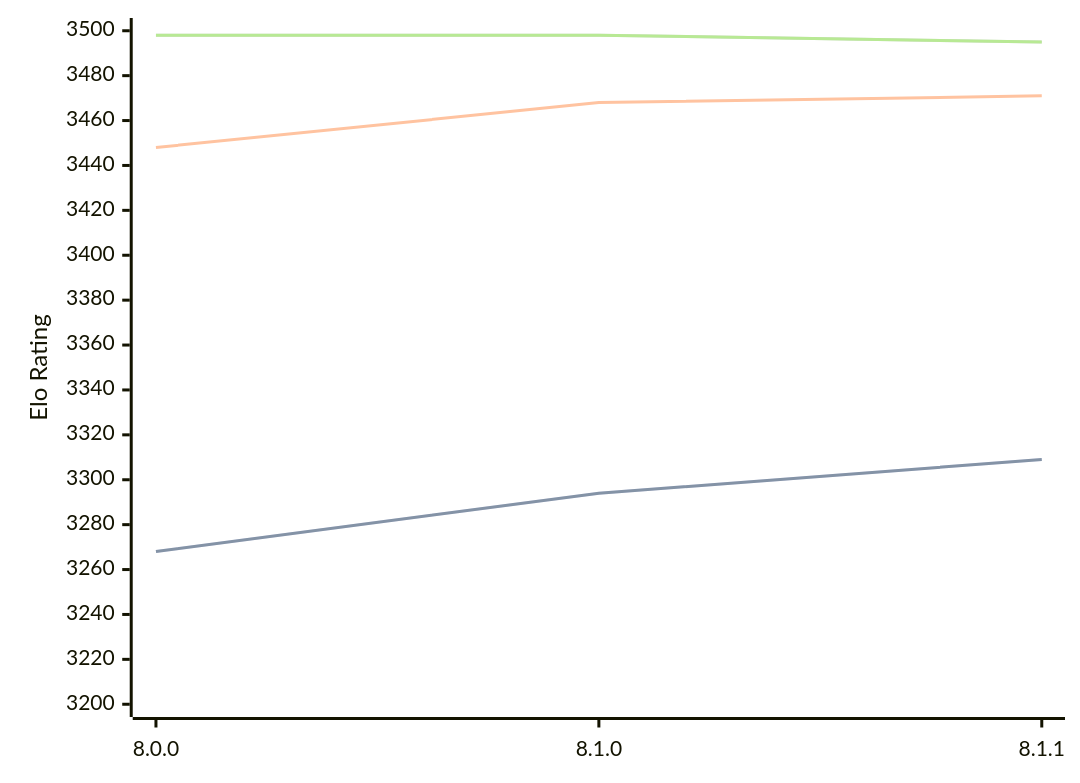
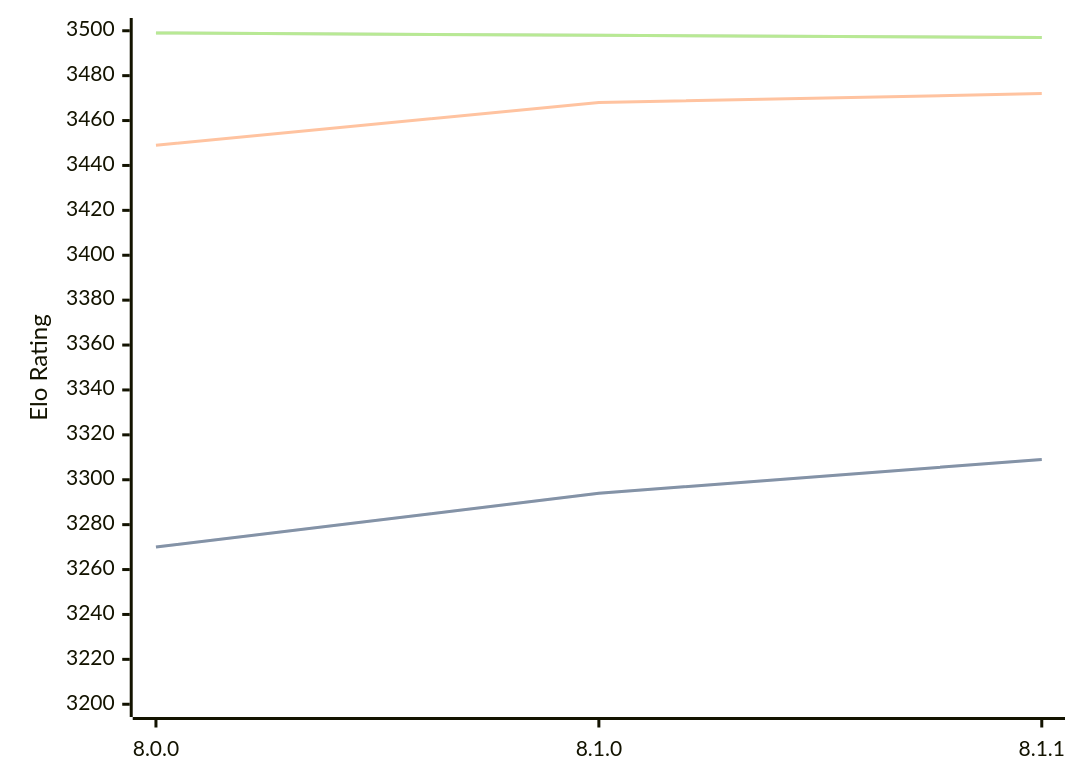
Before and after one commit to computer-chess-index/cci: the diagram in engines/Velvet.md, drawn with Mermaid. The commit also changed other lines of this file, not shown here.

Commit message:
Update CCI Ratings (ELO VLTC) - 2026-04-12

````diff
--- a/engines/Velvet.md
+++ b/engines/Velvet.md
@@ -57,11 +57,11 @@
 ```mermaid
 %%{init: {"theme":"base","themeVariables":{"seriesColors:['#a3a3a3','#222221','#faa371']}}}%%
 xychart-beta
   x-axis ["8.0.0", "8.1.0", "8.1.1"]
   y-axis "Elo Rating" 3200 --> 3500
-  line "STC (8.0+0.08s)" [3268, 3294, 3309]
-  line "STC (8.0+0.08s)" [3268, 3294, 3309]
-  line "LTC (60.0+0.60s)" [3448, 3468, 3471]
-  line "VLTC (2m24s+1.12s)" [3498, 3498, 3495]
-  line "VLTC (2m24s+1.12s)" [3498, 3498, 3495]
+  line "STC (8.0+0.08s)" [3270, 3294, 3309]
+  line "STC (8.0+0.08s)" [3270, 3294, 3309]
+  line "LTC (60.0+0.60s)" [3449, 3468, 3472]
+  line "VLTC (2m24s+1.12s)" [3499, 3498, 3497]
+  line "VLTC (2m24s+1.12s)" [3499, 3498, 3497]
 ```
````
